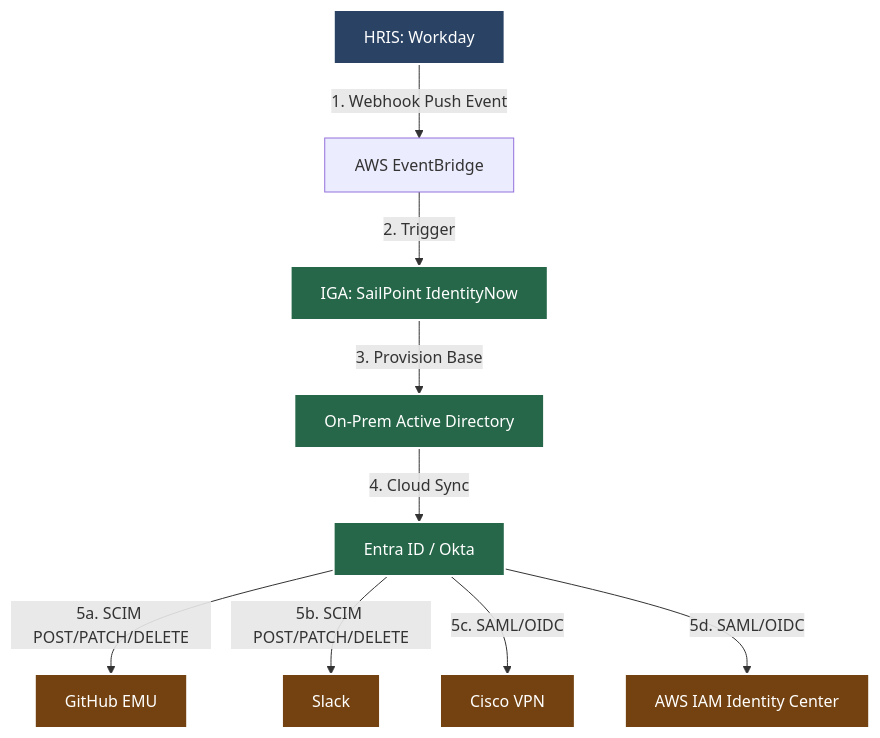
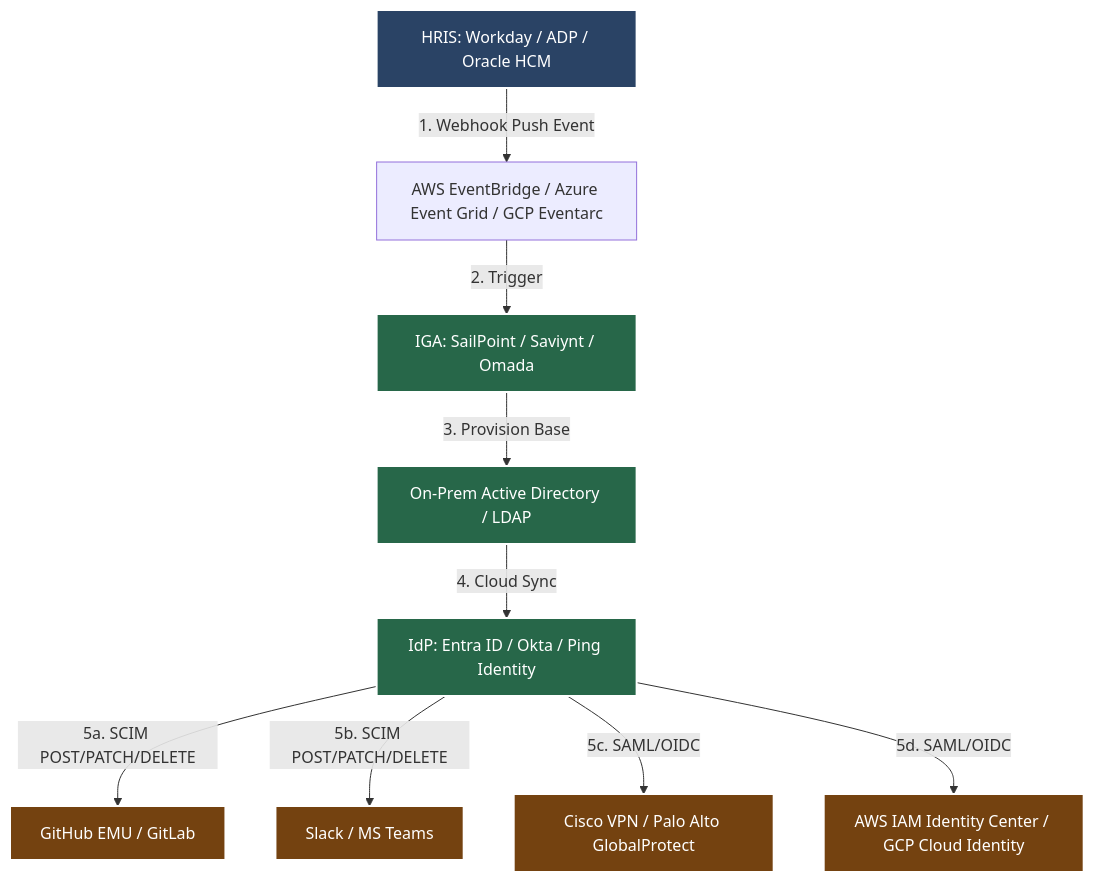
One commit to nirajp82/IdentityAccessManagement_IAM changed the diagram in 01_Core_IAM_Concepts/05_IAM_Lifecycle.md. Above: the diagram before and after it, drawn with Mermaid. The commit also changed other lines of this file, not shown here.

````diff
--- a/01_Core_IAM_Concepts/05_IAM_Lifecycle.md
+++ b/01_Core_IAM_Concepts/05_IAM_Lifecycle.md
@@ -5,27 +5,27 @@
 ```mermaid
 graph TD
     %% Source of Truth
-    HR[HRIS: Workday] -->|1. Webhook Push Event| EB[AWS EventBridge]
+    HR[HRIS: Workday / ADP / Oracle HCM] -->|1. Webhook Push Event| EB[AWS EventBridge / Azure Event Grid / GCP Eventarc]
     
     %% IAM Engine
-    EB -->|2. Trigger| SP[IGA: SailPoint IdentityNow]
+    EB -->|2. Trigger| SP[IGA: SailPoint / Saviynt / Omada]
     
     %% Core Directory Sync
-    SP -->|3. Provision Base| AD[On-Prem Active Directory]
-    AD -->|4. Cloud Sync| EN[Entra ID / Okta]
+    SP -->|3. Provision Base| AD[On-Prem Active Directory / LDAP]
+    AD -->|4. Cloud Sync| EN[IdP: Entra ID / Okta / Ping Identity]
     
     %% Downstream Provisioning (SCIM)
-    EN -->|5a. SCIM POST/PATCH/DELETE| GH[GitHub EMU]
-    EN -->|5b. SCIM POST/PATCH/DELETE| SL[Slack]
-    EN -->|5c. SAML/OIDC| VPN[Cisco VPN]
-    EN -->|5d. SAML/OIDC| AWS[AWS IAM Identity Center]
+    EN -->|5a. SCIM POST/PATCH/DELETE| GH[GitHub EMU / GitLab]
+    EN -->|5b. SCIM POST/PATCH/DELETE| SL[Slack / MS Teams]
+    EN -->|5c. SAML/OIDC| VPN[Cisco VPN / Palo Alto GlobalProtect]
+    EN -->|5d. SAML/OIDC| AWS[AWS IAM Identity Center / GCP Cloud Identity]
 
     classDef core fill:#2a4365,stroke:#fff,stroke-width:2px,color:#fff;
     classDef idp fill:#276749,stroke:#fff,stroke-width:2px,color:#fff;
     classDef target fill:#744210,stroke:#fff,stroke-width:2px,color:#fff;
     
     class HR core;
     class SP,AD,EN idp;
     class GH,SL,VPN,AWS target;
 
 ```
````
